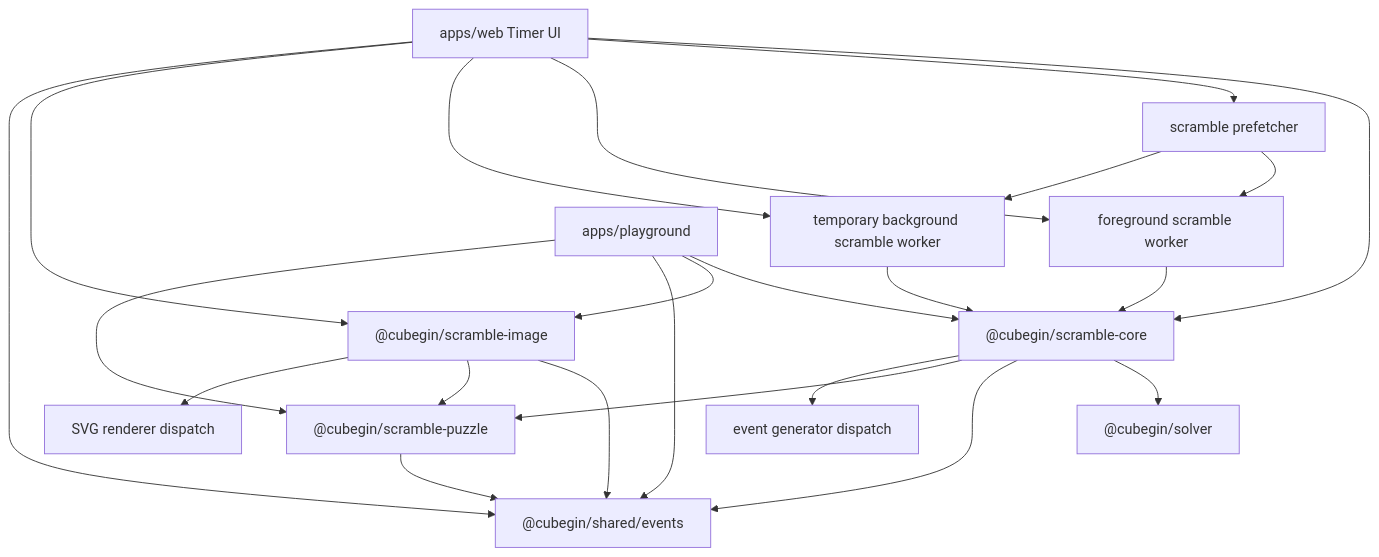
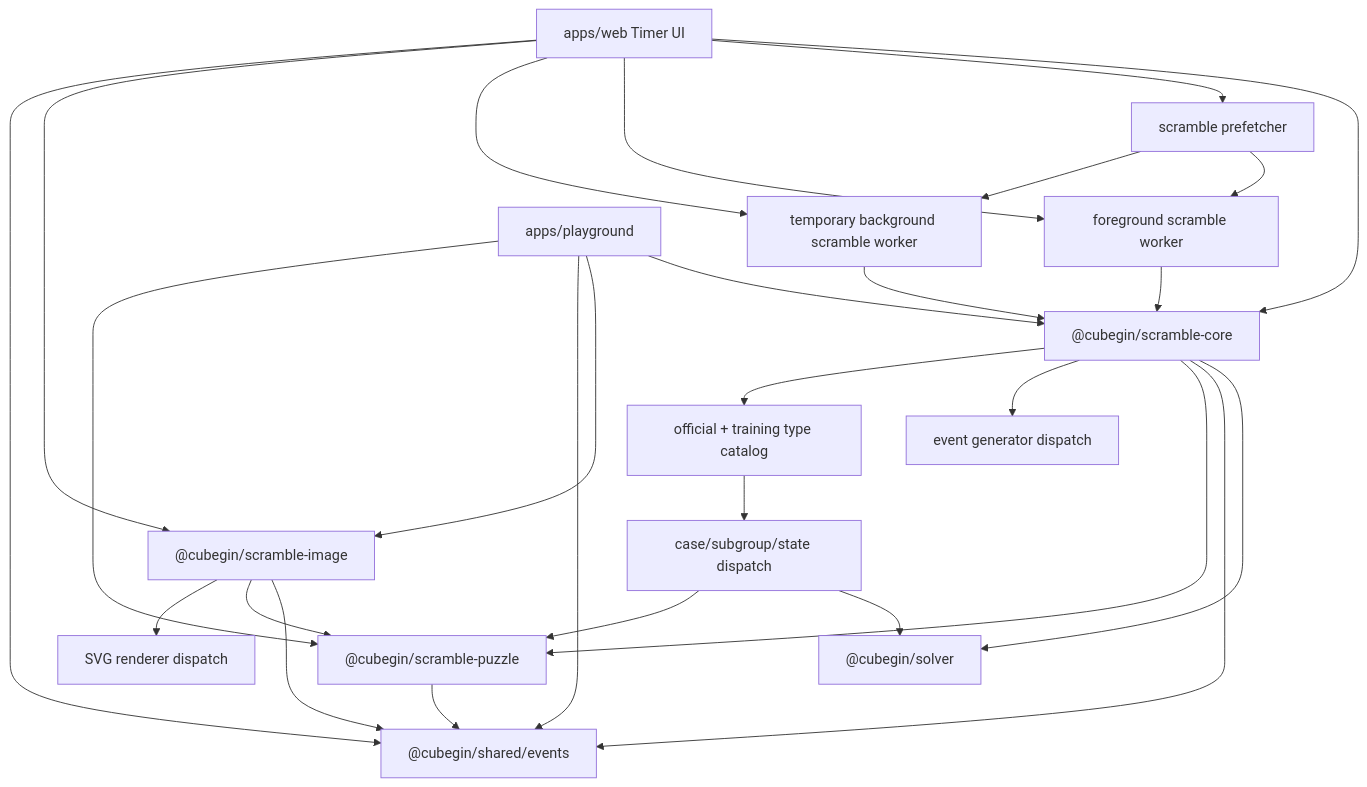
The diagram in docs/scramble-runtime.md (deweyou/cube-kit), drawn with Mermaid before and after one commit. The commit also changed other lines of this file and 85 other files, not shown here.

````diff
--- a/docs/scramble-runtime.md
+++ b/docs/scramble-runtime.md
@@ -3,25 +3,29 @@
 ```mermaid
 flowchart TD
     UI["apps/web Timer UI"] --> Core["@cubegin/scramble-core"]
     UI --> Prefetch["scramble prefetcher"]
     UI --> ForegroundWorker["foreground scramble worker"]
     UI --> BackgroundWorker["temporary background scramble worker"]
     Prefetch --> ForegroundWorker
     Prefetch --> BackgroundWorker
     ForegroundWorker --> Core
     BackgroundWorker --> Core
     UI --> Image["@cubegin/scramble-image"]
     UI --> Shared["@cubegin/shared/events"]
     Playground["apps/playground"] --> Core
     Playground --> Image
     Playground --> Shared
     Playground --> Puzzle
     Core --> Solver["@cubegin/solver"]
     Puzzle["@cubegin/scramble-puzzle"] --> Shared
     Core --> Shared
     Core --> Puzzle
     Image --> Shared
     Image --> Puzzle
     Core --> Generators["event generator dispatch"]
+    Core --> Catalog["official + training type catalog"]
+    Catalog --> Training["case/subgroup/state dispatch"]
+    Training --> Solver
+    Training --> Puzzle
     Image --> Renderers["SVG renderer dispatch"]
 ```
````
